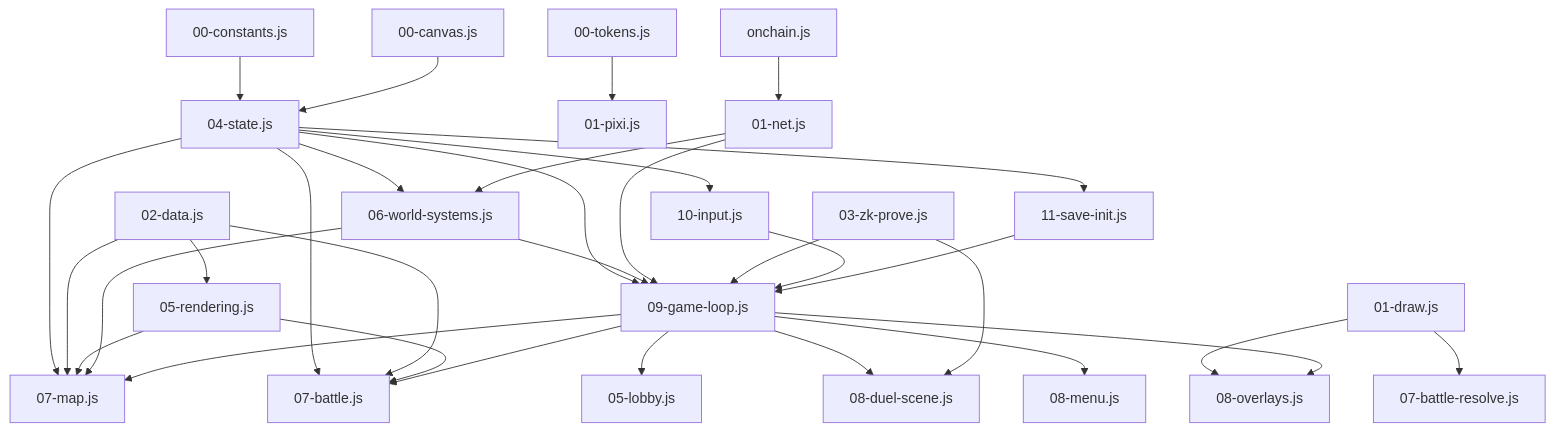
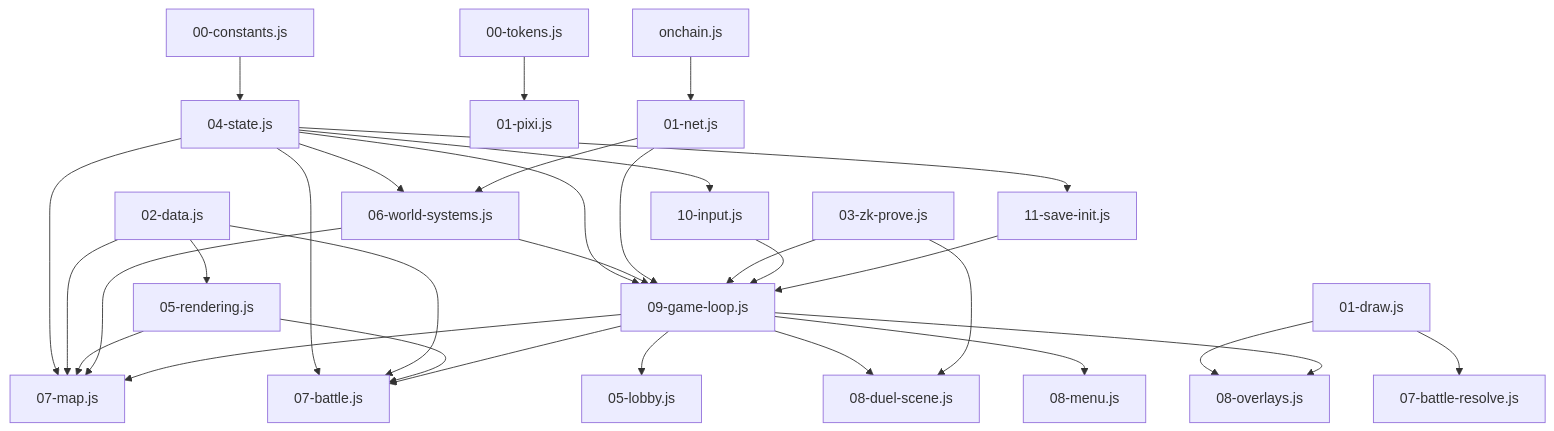
One commit to r0ze998/0xark changed the diagram in docs/_scratch/refactor-plan.md. Above: the diagram before and after it, drawn with Mermaid. The commit also changed other lines of this file, not shown here.

````diff
--- a/docs/_scratch/refactor-plan.md
+++ b/docs/_scratch/refactor-plan.md
@@ -101,34 +116,33 @@
 ```mermaid
 graph TD
   CONST[00-constants.js] --> STATE[04-state.js]
-  CANVAS[00-canvas.js] --> STATE
   TOKENS[00-tokens.js] --> PIXI[01-pixi.js]
   STATE --> WORLD[06-world-systems.js]
   STATE --> MAP[07-map.js]
   STATE --> BATTLE[07-battle.js]
   STATE --> LOOP[09-game-loop.js]
   STATE --> INPUT[10-input.js]
   STATE --> SAVE[11-save-init.js]
   DATA[02-data.js] --> MAP
   DATA --> BATTLE
   DATA --> RENDER[05-rendering.js]
   RENDER --> MAP
   RENDER --> BATTLE
   WORLD --> MAP
   WORLD --> LOOP
   NET[01-net.js] --> LOOP
   NET --> WORLD
   ONCHAIN[onchain.js] --> NET
   DRAW[01-draw.js] --> OVERLAYS[08-overlays.js]
   DRAW --> BATTLE_RES[07-battle-resolve.js]
   LOOP --> MAP
   LOOP --> BATTLE
   LOOP --> LOBBY[05-lobby.js]
   LOOP --> DUEL[08-duel-scene.js]
   LOOP --> MENU[08-menu.js]
   LOOP --> OVERLAYS
   ZK[03-zk-prove.js] --> DUEL
   ZK --> LOOP
   INPUT --> LOOP
   SAVE --> LOOP
 ```
````
